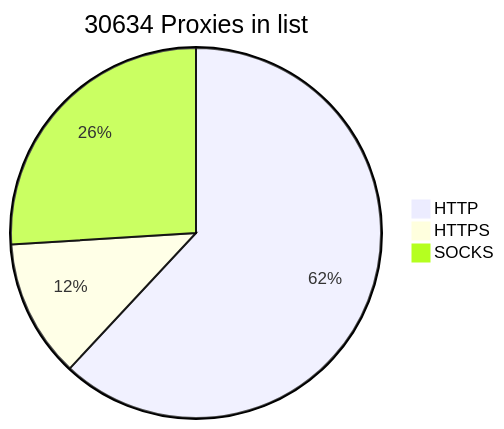
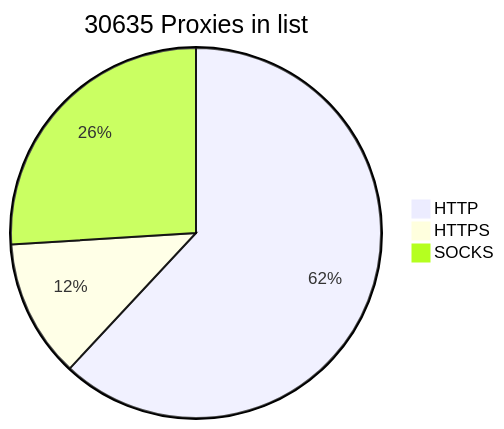
One commit to BlackSnowDot/proxylist-update-every-minute changed the diagram in README.md. Above: the diagram before and after it, drawn with Mermaid.

````diff
--- a/README.md
+++ b/README.md
@@ -2,6 +2,6 @@
 ```mermaid
-pie title 30634 Proxies in list
+pie title 30635 Proxies in list
     "HTTP" : 20842
     "HTTPS": 4060
-    "SOCKS" : 8746
+    "SOCKS" : 8747
 ```
````
